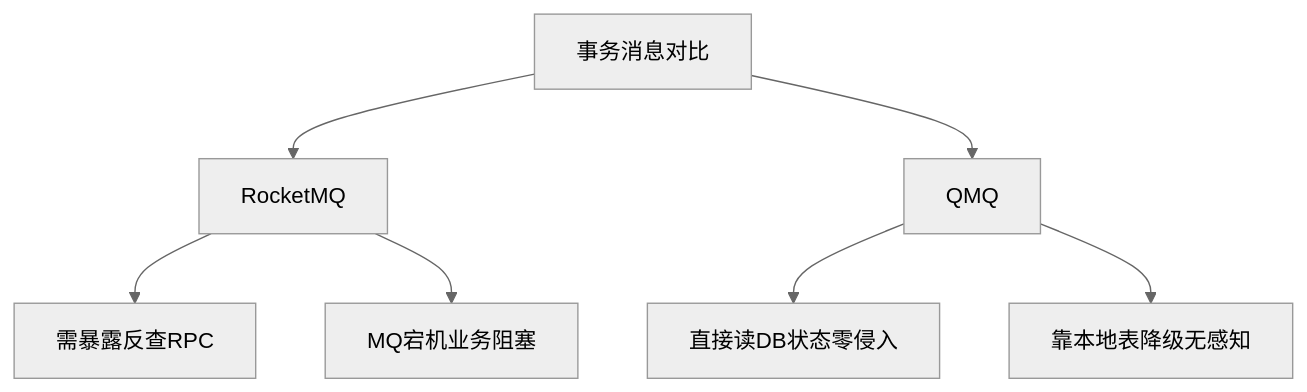
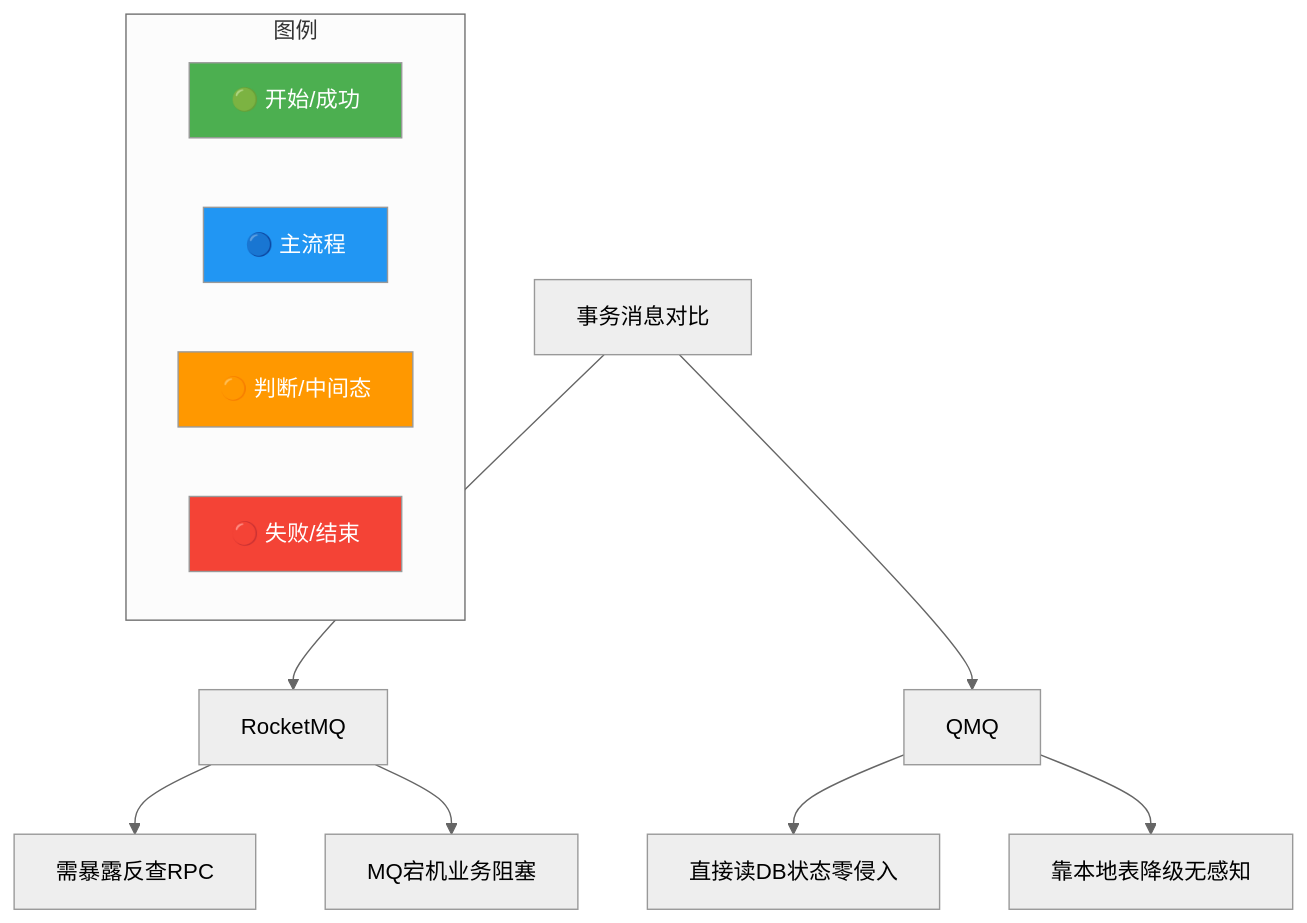
Before and after one commit to SunArthur86/interview-2026: the diagram in questions/middleware/mq-023.md, drawn with Mermaid (neutral theme). The commit also changed other lines of this file and 3180 other files, not shown here.

First line of the commit message:
Mermaid颜色增强99% + 面试频率分类(高频1571/中频1115/低频461)

````diff
--- a/questions/middleware/mq-023.md
+++ b/questions/middleware/mq-023.md
@@ -80,9 +81,29 @@
 ```mermaid
 flowchart TD
+    classDef start fill:#4CAF50,color:#fff
+    classDef process fill:#2196F3,color:#fff
+    classDef decision fill:#FF9800,color:#fff
+    classDef special fill:#9C27B0,color:#fff
+    classDef error fill:#f44336,color:#fff
+    classDef info fill:#607D8B,color:#fff
+    class Block start
+    class Compare process
+    class LocalTable decision
+    class QMQ special
+    class RPC error
+    class ReadDB info
+    class Rocket start
+    class RocketMQ process
     Compare[事务消息对比] --> Rocket[RocketMQ]
     Compare --> QMQ[QMQ]
     Rocket --> RPC[需暴露反查RPC]
     QMQ --> ReadDB[直接读DB状态零侵入]
     Rocket --> Block[MQ宕机业务阻塞]
     QMQ --> LocalTable[靠本地表降级无感知]
+    subgraph Legend["图例"]
+        L1["🟢 开始/成功"]:::start
+        L2["🔵 主流程"]:::process
+        L3["🟠 判断/中间态"]:::decision
+        L4["🔴 失败/结束"]:::error
+    end
 ```
````
